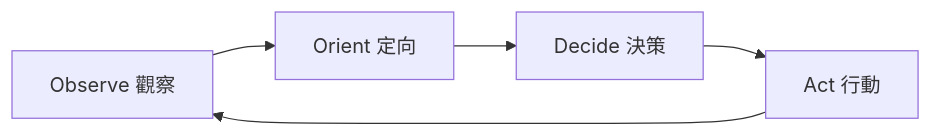
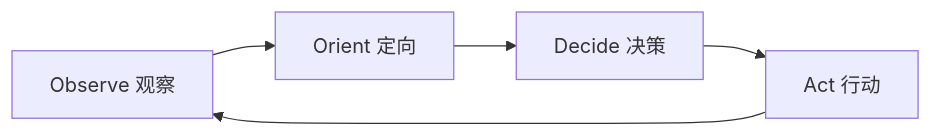
One commit to gogojaja/DevProjectTeamSkill changed the diagram in .trae/skills/dev-project-team-skill/skills/self-improve/SKILL.md. Above: the diagram before and after it, drawn with Mermaid. The commit also changed other lines of this file and 69 other files, not shown here.

````diff
--- a/.trae/skills/dev-project-team-skill/skills/self-improve/SKILL.md
+++ b/.trae/skills/dev-project-team-skill/skills/self-improve/SKILL.md
@@ -51,7 +53,7 @@
 ```mermaid
 graph LR
-  A[Observe 觀察] --> B[Orient 定向]
-  B --> C[Decide 決策]
-  C --> D[Act 行動]
+  A[Observe 观察] --> B[Orient 定向]
+  B --> C[Decide 决策]
+  C --> D[Act 行动]
   D --> A
 ```
````
